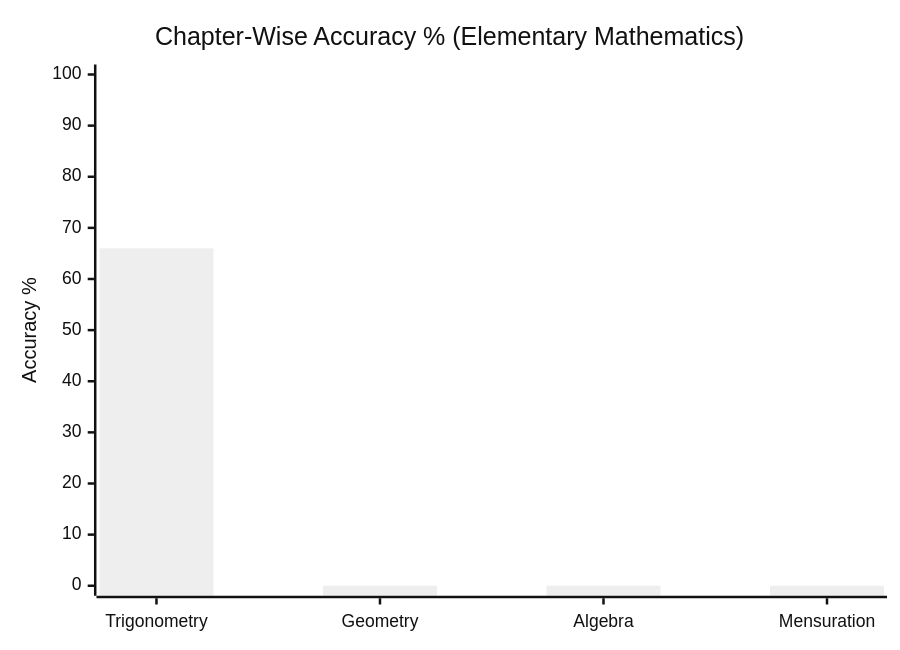
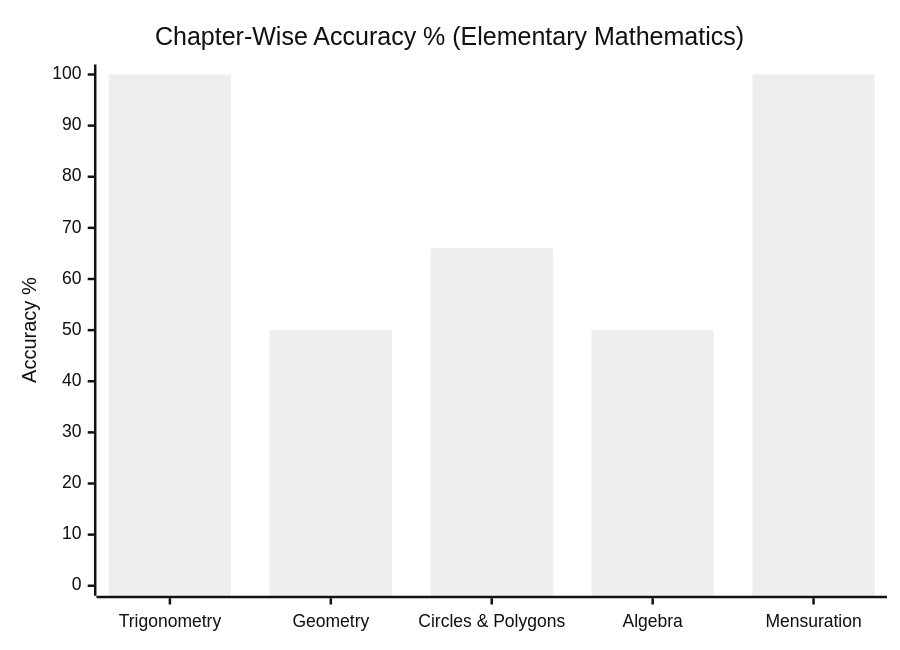
One commit to skc-coder/SAGE changed the first of 3 diagrams in content/cds/elementary-mathematics/elementary_mathematics_overview.md. Above: the diagram before and after it, drawn with Mermaid (neutral theme). The commit also changed other lines of this file and 3 other files, not shown here.

First line of the commit message:
feat(cds): add extensive 15-question test session with multi-subtopic frequency & accuracy chart

````diff
--- a/content/cds/elementary-mathematics/elementary_mathematics_overview.md
+++ b/content/cds/elementary-mathematics/elementary_mathematics_overview.md
@@ -11,7 +13,7 @@
 ```mermaid
 xychart-beta
     title "Chapter-Wise Accuracy % (Elementary Mathematics)"
-    x-axis ["Trigonometry", "Geometry", "Algebra", "Mensuration"]
+    x-axis ["Trigonometry", "Geometry", "Circles & Polygons", "Algebra", "Mensuration"]
     y-axis "Accuracy %" 0 --> 100
-    bar [66, 0, 0, 0]
+    bar [100, 50, 66, 50, 100]
 ```
````
